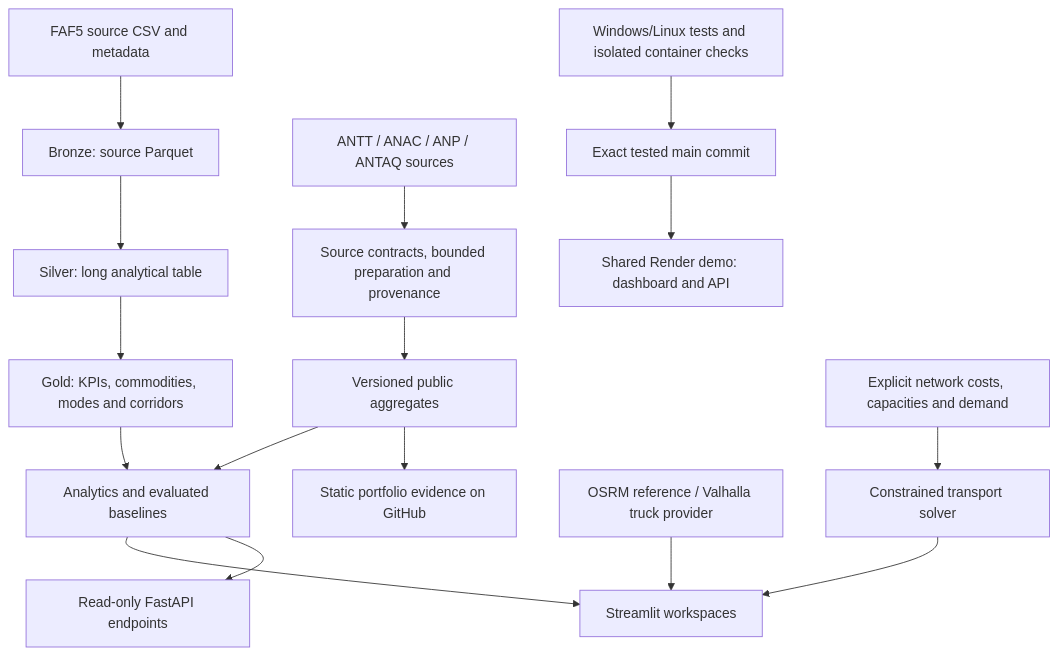
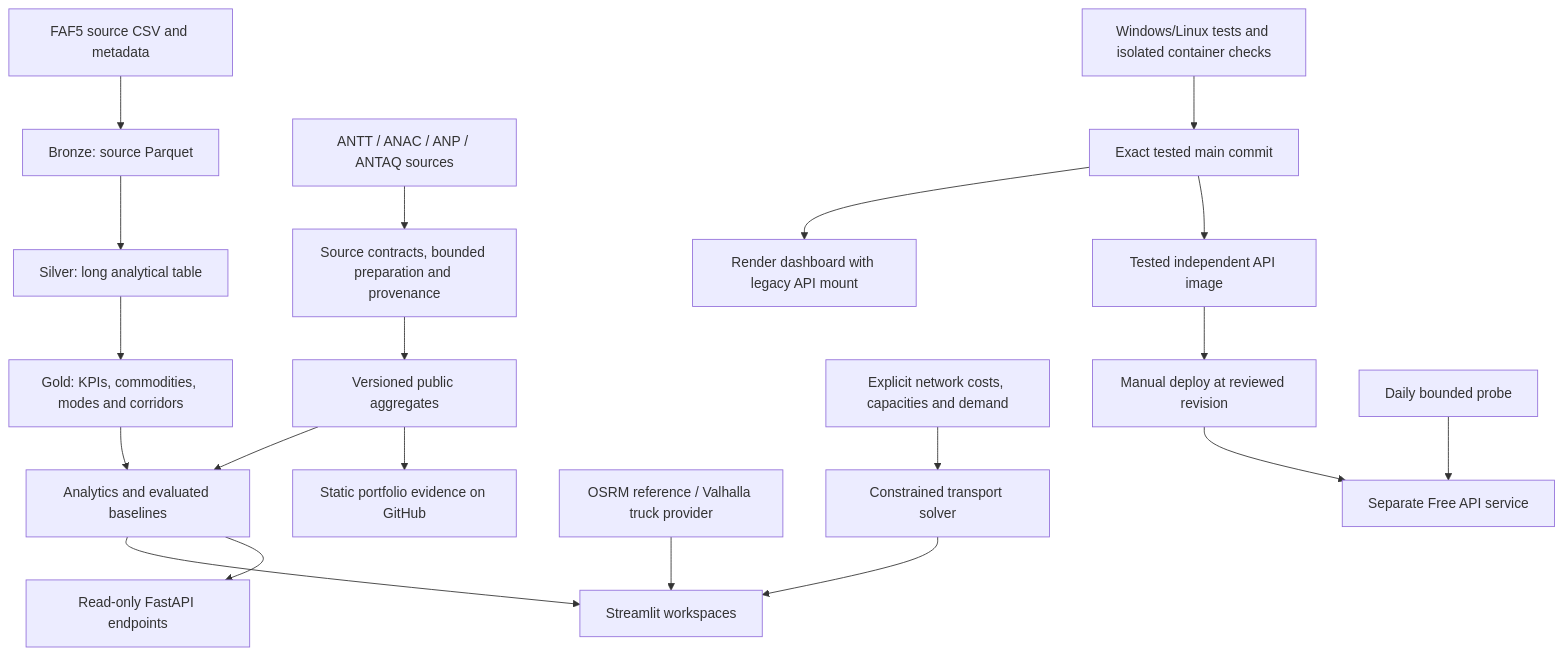
The diagram in README.md (DiegoTDDD/freight-intelligence), drawn with Mermaid before and after one commit. The commit also changed other lines of this file and 7 other files, not shown here.

Commit message:
Record independent API deployment, restart evidence and daily bounded monitoring

````diff
--- a/README.md
+++ b/README.md
@@ -241,18 +242,22 @@
 ```mermaid
 flowchart TD
     FAF[FAF5 source CSV and metadata] --> Bronze[Bronze: source Parquet]
     Bronze --> Silver[Silver: long analytical table]
     Silver --> Gold[Gold: KPIs, commodities, modes and corridors]
     Official[ANTT / ANAC / ANP / ANTAQ sources] --> Review[Source contracts, bounded preparation and provenance]
     Review --> Public[Versioned public aggregates]
     Gold --> Analysis[Analytics and evaluated baselines]
     Public --> Analysis
     Scenario[Explicit network costs, capacities and demand] --> Solver[Constrained transport solver]
     Analysis --> UI[Streamlit workspaces]
     Analysis --> API[Read-only FastAPI endpoints]
     Solver --> UI
     Provider[OSRM reference / Valhalla truck provider] --> UI
     Public --> Static[Static portfolio evidence on GitHub]
     Checks[Windows/Linux tests and isolated container checks] --> Deploy[Exact tested main commit]
-    Deploy --> Host[Shared Render demo: dashboard and API]
+    Deploy --> Host[Render dashboard with legacy API mount]
+    Deploy --> Separate[Tested independent API image]
+    Separate --> Manual[Manual deploy at reviewed revision]
+    Manual --> APIHost[Separate Free API service]
+    Monitor[Daily bounded probe] --> APIHost
 ```
````
